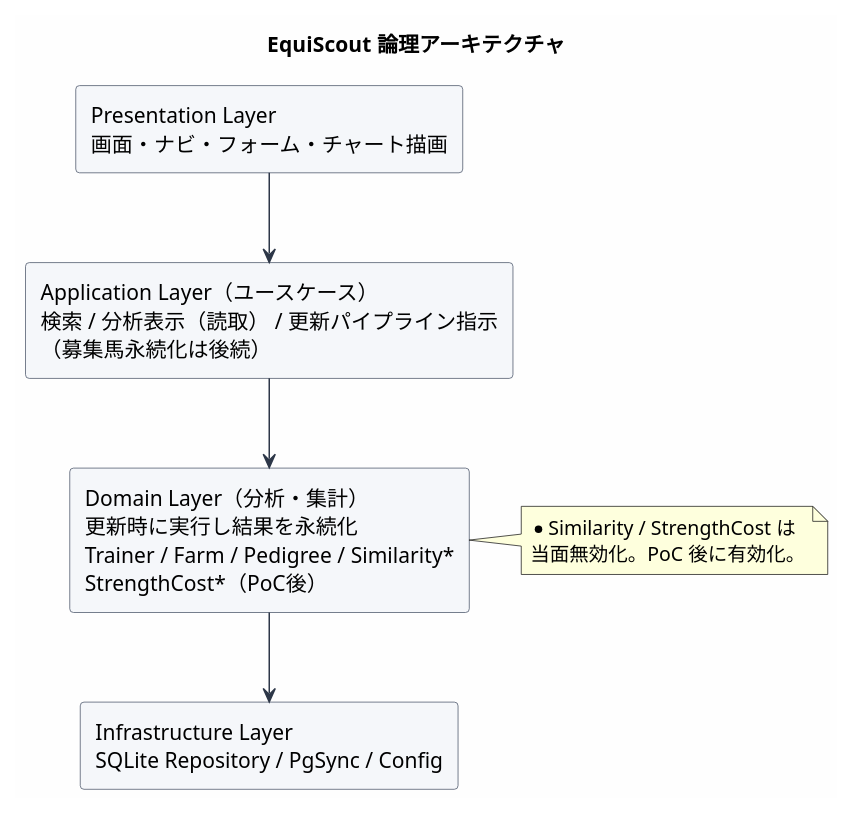
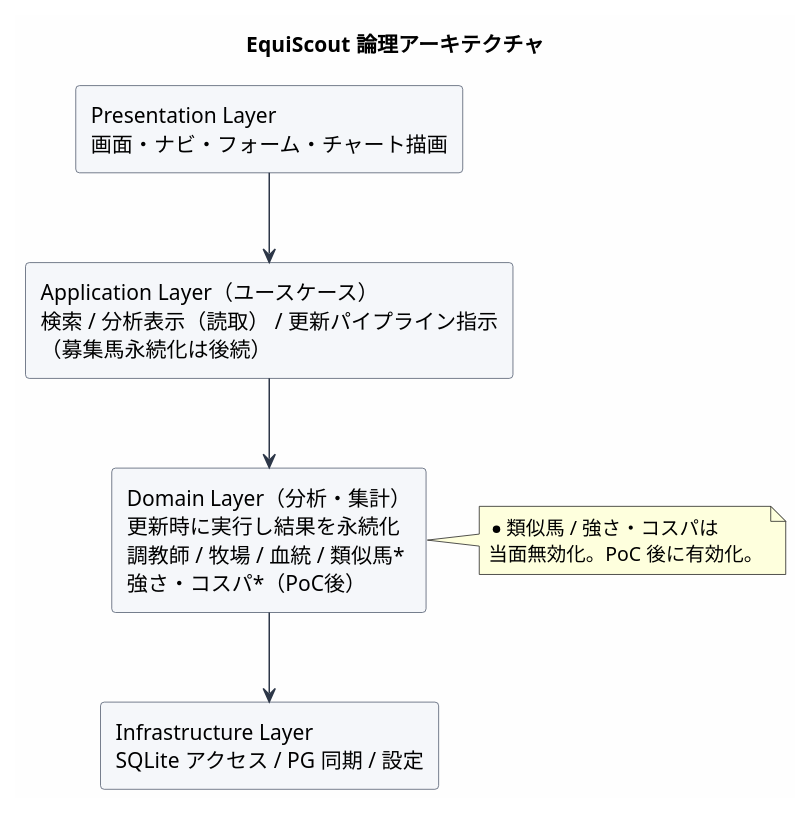
One commit to betashort/EquiScoutApp changed the second of 6 diagrams in doc/02_design/architecture.md. Above: the diagram before and after it, drawn with PlantUML. The commit also changed other lines of this file and 12 other files, not shown here.

````diff
--- a/doc/02_design/architecture.md
+++ b/doc/02_design/architecture.md
@@ -135,27 +133,27 @@
 ```plantuml
 @startuml EquiScout_logical_architecture
 skinparam backgroundColor #FEFEFE
 skinparam rectangle {
   BackgroundColor #F5F7FA
   BorderColor #4A5568
 }
 skinparam ArrowColor #2D3748
 
 title EquiScout 論理アーキテクチャ
 
 rectangle "Presentation Layer\n画面・ナビ・フォーム・チャート描画" as Presentation
 rectangle "Application Layer（ユースケース）\n検索 / 分析表示（読取） / 更新パイプライン指示\n（募集馬永続化は後続）" as Application
-rectangle "Domain Layer（分析・集計）\n更新時に実行し結果を永続化\nTrainer / Farm / Pedigree / Similarity*\nStrengthCost*（PoC後）" as Domain
-rectangle "Infrastructure Layer\nSQLite Repository / PgSync / Config" as Infrastructure
+rectangle "Domain Layer（分析・集計）\n更新時に実行し結果を永続化\n調教師 / 牧場 / 血統 / 類似馬*\n強さ・コスパ*（PoC後）" as Domain
+rectangle "Infrastructure Layer\nSQLite アクセス / PG 同期 / 設定" as Infrastructure
 
 Presentation -down-> Application
 Application -down-> Domain
 Domain -down-> Infrastructure
 
 note right of Domain
-  * Similarity / StrengthCost は
+  * 類似馬 / 強さ・コスパは
   当面無効化。PoC 後に有効化。
 end note
 
 @enduml
 ```
````
